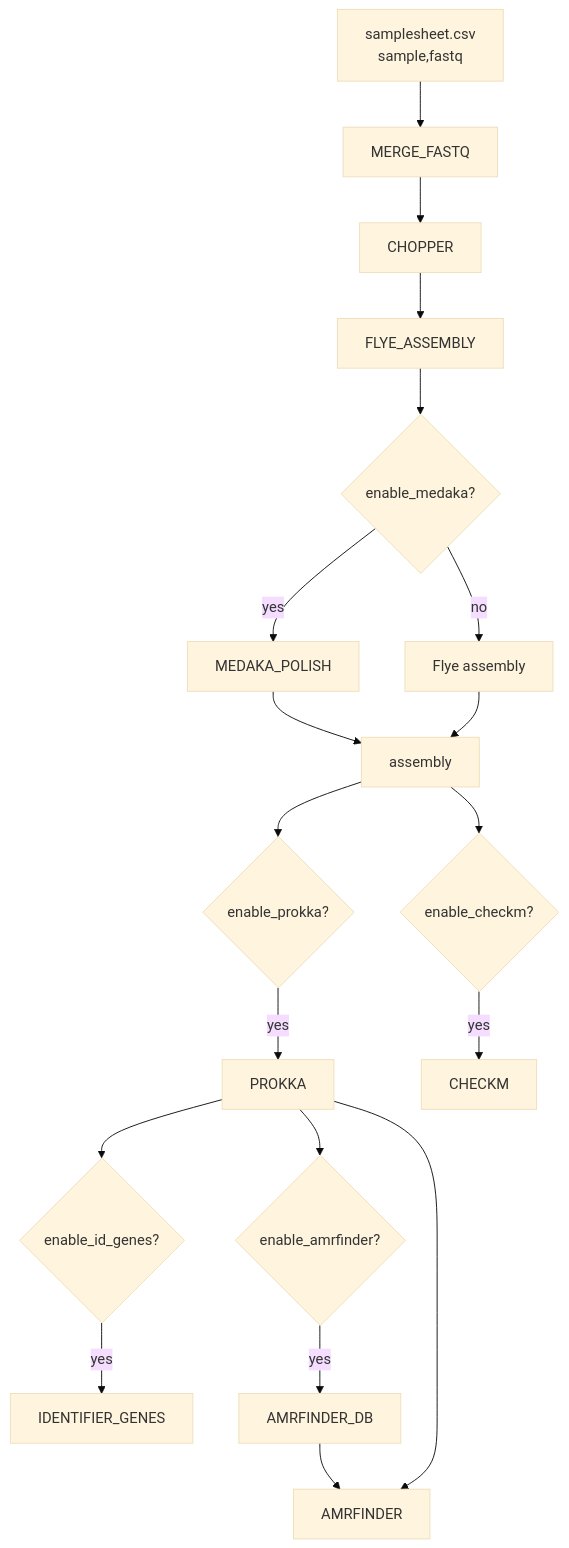
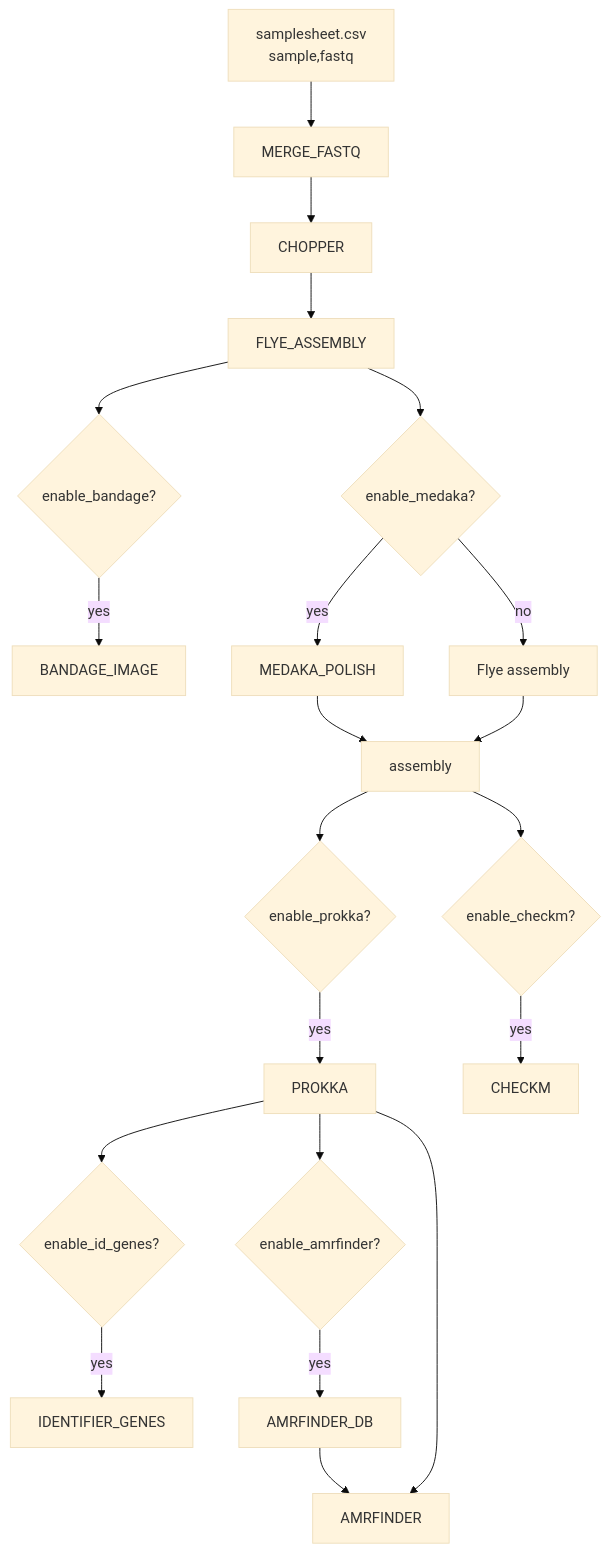
Before and after one commit to ehill-iolani/ulana-nf: the diagram in README.md, drawn with Mermaid (base theme). The commit also changed other lines of this file and 4 other files, not shown here.

````diff
--- a/README.md
+++ b/README.md
@@ -20,25 +21,28 @@
 ```mermaid
 flowchart TD
   A["samplesheet.csv<br/>sample,fastq"] --> B[MERGE_FASTQ]
   B --> C[CHOPPER]
   C --> D[FLYE_ASSEMBLY]
+
+  D --> D2{enable_bandage?}
+  D2 -->|yes| D3[BANDAGE_IMAGE]
 
   D --> E{enable_medaka?}
   E -->|yes| F[MEDAKA_POLISH]
   E -->|no| G[Flye assembly]
   F --> H[assembly]
   G --> H
 
   H --> I{enable_prokka?}
   I -->|yes| J[PROKKA]
 
   H --> K{enable_checkm?}
   K -->|yes| L[CHECKM]
 
   J --> M{enable_id_genes?}
   M -->|yes| N[IDENTIFIER_GENES]
 
   J --> O{enable_amrfinder?}
   O -->|yes| P[AMRFINDER_DB] --> Q[AMRFINDER]
   J --> Q
 ```
````
